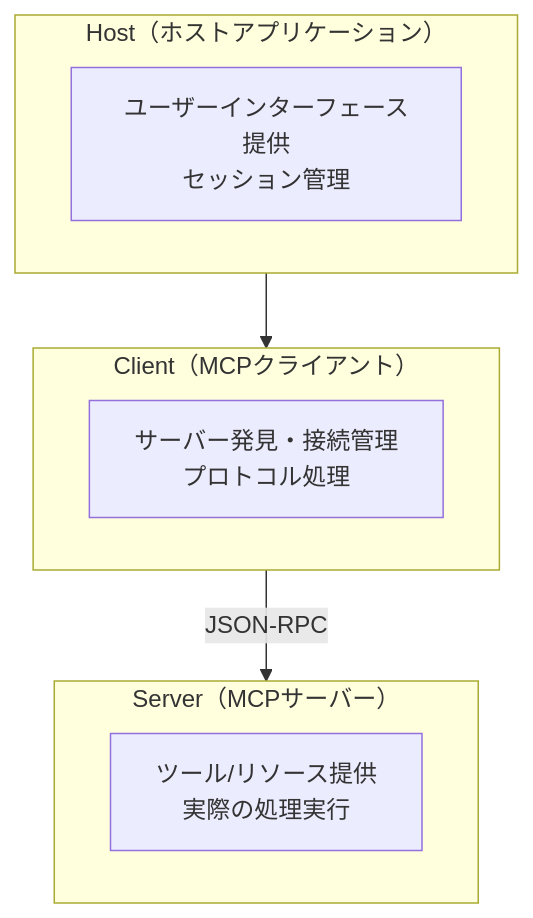
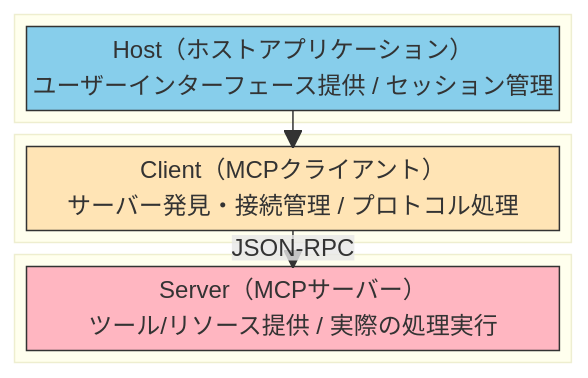
The second of 9 diagrams in docs/concepts/03-architecture.ja.md (shuji-bonji/ai-agent-architecture), drawn with Mermaid before and after one commit. The commit also changed other lines of this file and 13 other files, not shown here.

Commit message:
fix: Mermaidダイアグラム図の改善

````diff
--- a/docs/concepts/03-architecture.ja.md
+++ b/docs/concepts/03-architecture.ja.md
@@ -99,17 +99,23 @@
 ```mermaid
-graph TB
-    subgraph Host["Host（ホストアプリケーション）"]
-        H_DESC["ユーザーインターフェース提供<br/>セッション管理"]
+block-beta
+    columns 1
+
+    block:HOST_BLOCK:1
+        HOST["Host（ホストアプリケーション）\nユーザーインターフェース提供 / セッション管理"]
     end
 
-    subgraph Client["Client（MCPクライアント）"]
-        C_DESC["サーバー発見・接続管理<br/>プロトコル処理"]
+    block:CLIENT_BLOCK:1
+        CLIENT["Client（MCPクライアント）\nサーバー発見・接続管理 / プロトコル処理"]
     end
 
-    subgraph Server["Server（MCPサーバー）"]
-        S_DESC["ツール/リソース提供<br/>実際の処理実行"]
+    block:SERVER_BLOCK:1
+        SERVER["Server（MCPサーバー）\nツール/リソース提供 / 実際の処理実行"]
     end
 
-    Host --> Client
-    Client -->|JSON-RPC| Server
+    HOST --> CLIENT
+    CLIENT --"JSON-RPC"--> SERVER
+
+    style HOST fill:#87CEEB,color:#333,stroke:#333
+    style CLIENT fill:#FFE4B5,color:#333,stroke:#333
+    style SERVER fill:#FFB6C1,color:#333,stroke:#333
 ```
````
